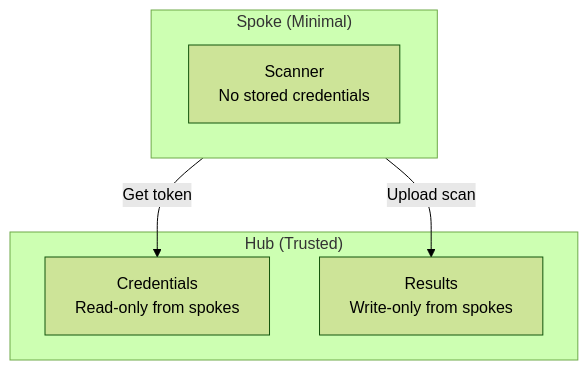
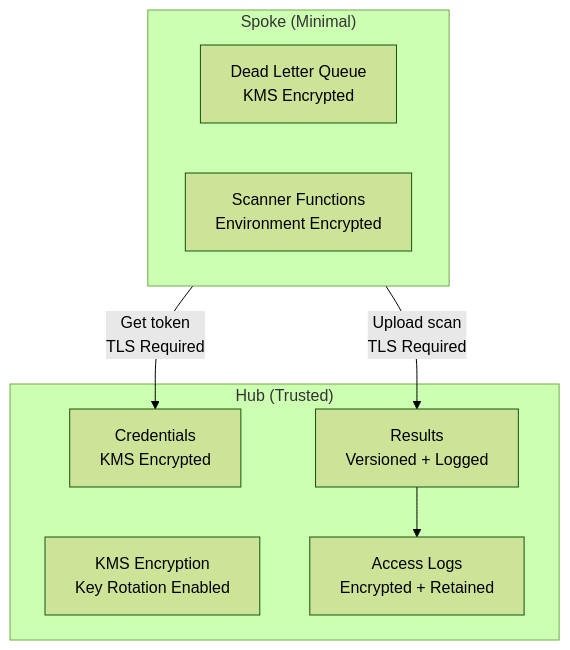
Before and after one commit to nelssec/qualys-ssm: diagram 16 of 16 in docs/technical-blog.md, drawn with Mermaid (forest theme). The commit also changed other lines of this file and 9 other files, not shown here.

````diff
--- a/docs/technical-blog.md
+++ b/docs/technical-blog.md
@@ -631,14 +631,18 @@
 ```mermaid
 flowchart TB
     subgraph Hub["Hub (Trusted)"]
-        CREDS["Credentials<br/>Read-only from spokes"]
-        RESULTS["Results<br/>Write-only from spokes"]
+        KMS["KMS Encryption<br/>Key Rotation Enabled"]
+        CREDS["Credentials<br/>KMS Encrypted"]
+        RESULTS["Results<br/>Versioned + Logged"]
+        LOGS["Access Logs<br/>Encrypted + Retained"]
     end
 
     subgraph Spoke["Spoke (Minimal)"]
-        SCAN["Scanner<br/>No stored credentials"]
+        DLQ["Dead Letter Queue<br/>KMS Encrypted"]
+        SCAN["Scanner Functions<br/>Environment Encrypted"]
     end
 
-    Spoke -->|"Get token"| CREDS
-    Spoke -->|"Upload scan"| RESULTS
+    RESULTS --> LOGS
+    Spoke -->|"Get token<br/>TLS Required"| CREDS
+    Spoke -->|"Upload scan<br/>TLS Required"| RESULTS
 ```
````
